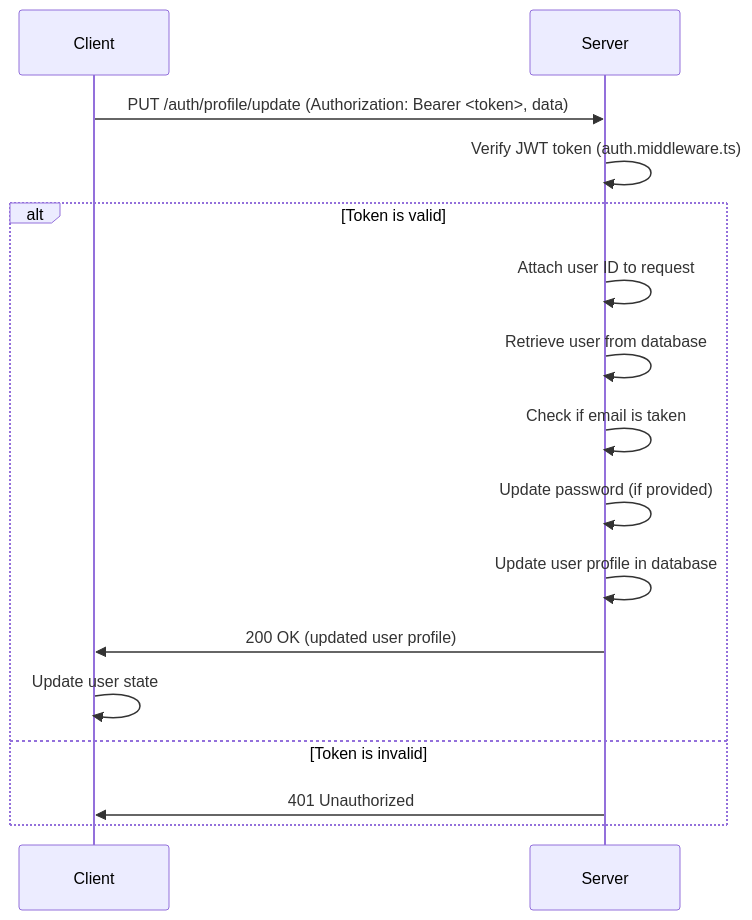
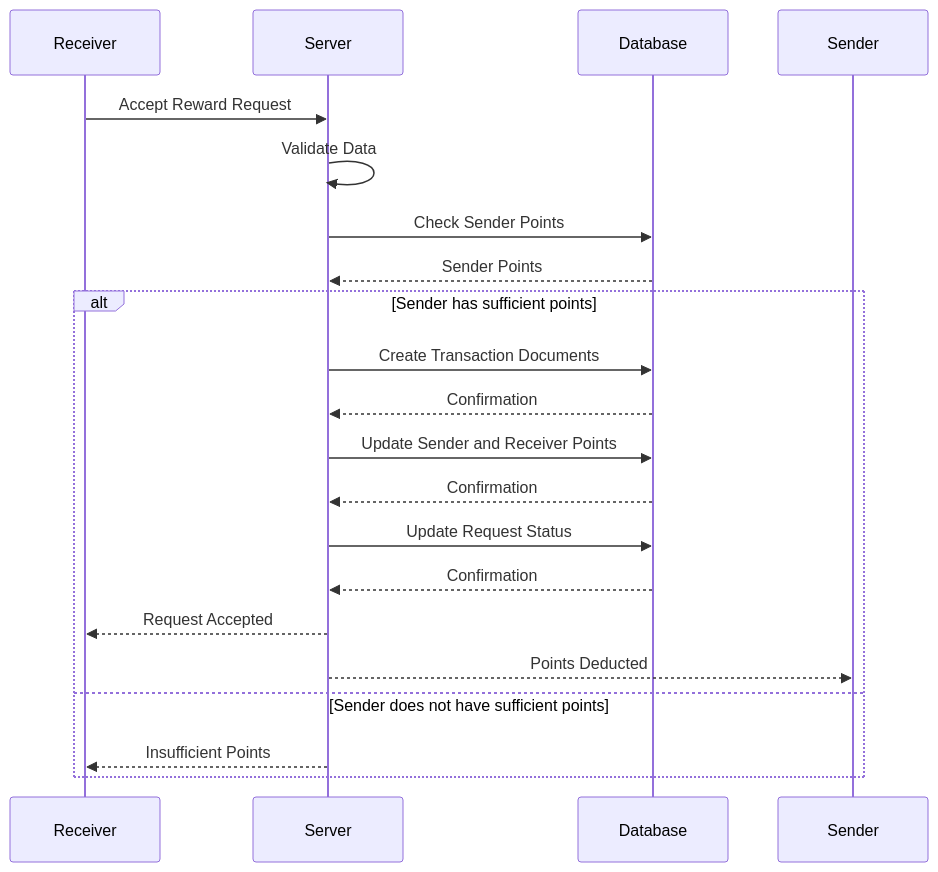
One commit to sreecharan-desu/reXa changed the fifth of 12 diagrams in README.md. Above: the diagram before and after it, drawn with Mermaid. The commit also changed other lines of this file, not shown here.

````diff
--- a/README.md
+++ b/README.md
@@ -1237,18 +817,24 @@
 ```mermaid
 sequenceDiagram
-    participant Client
+    participant Receiver
     participant Server
-    Client->>Server: PUT /auth/profile/update (Authorization: Bearer <token>, data)
-    Server->>Server: Verify JWT token (auth.middleware.ts)
-    alt Token is valid
-        Server->>Server: Attach user ID to request
-        Server->>Server: Retrieve user from database
-        Server->>Server: Check if email is taken
-        Server->>Server: Update password (if provided)
-        Server->>Server: Update user profile in database
-        Server->>Client: 200 OK (updated user profile)
-        Client->>Client: Update user state
-    else Token is invalid
-        Server->>Client: 401 Unauthorized
+    participant Database
+    participant Sender
+
+    Receiver->>Server: Accept Reward Request
+    Server->>Server: Validate Data
+    Server->>Database: Check Sender Points
+    Database-->>Server: Sender Points
+    alt Sender has sufficient points
+        Server->>Database: Create Transaction Documents
+        Database-->>Server: Confirmation
+        Server->>Database: Update Sender and Receiver Points
+        Database-->>Server: Confirmation
+        Server->>Database: Update Request Status
+        Database-->>Server: Confirmation
+        Server-->>Receiver: Request Accepted
+        Server-->>Sender: Points Deducted
+    else Sender does not have sufficient points
+        Server-->>Receiver: Insufficient Points
     end
 ```
````
